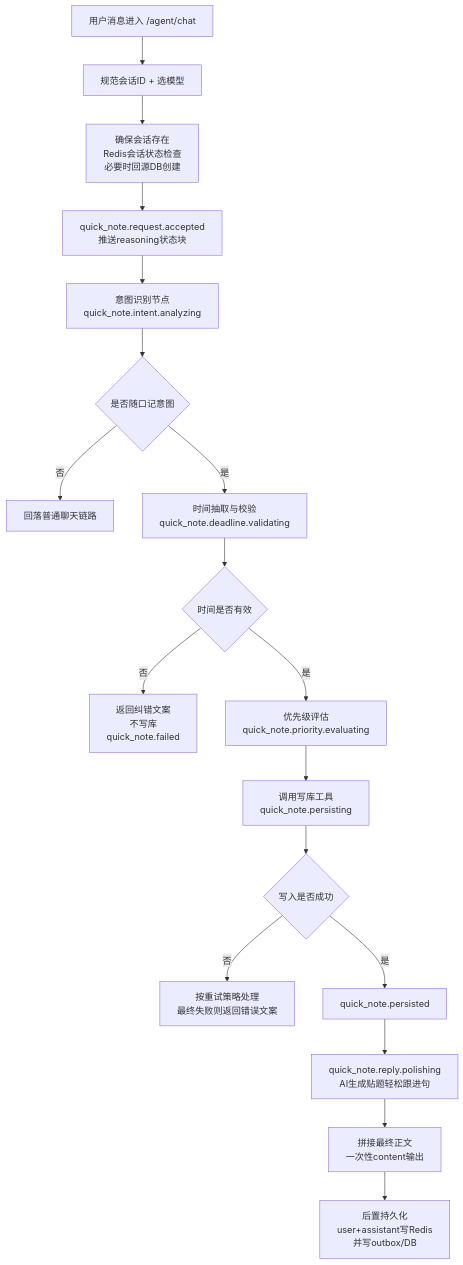
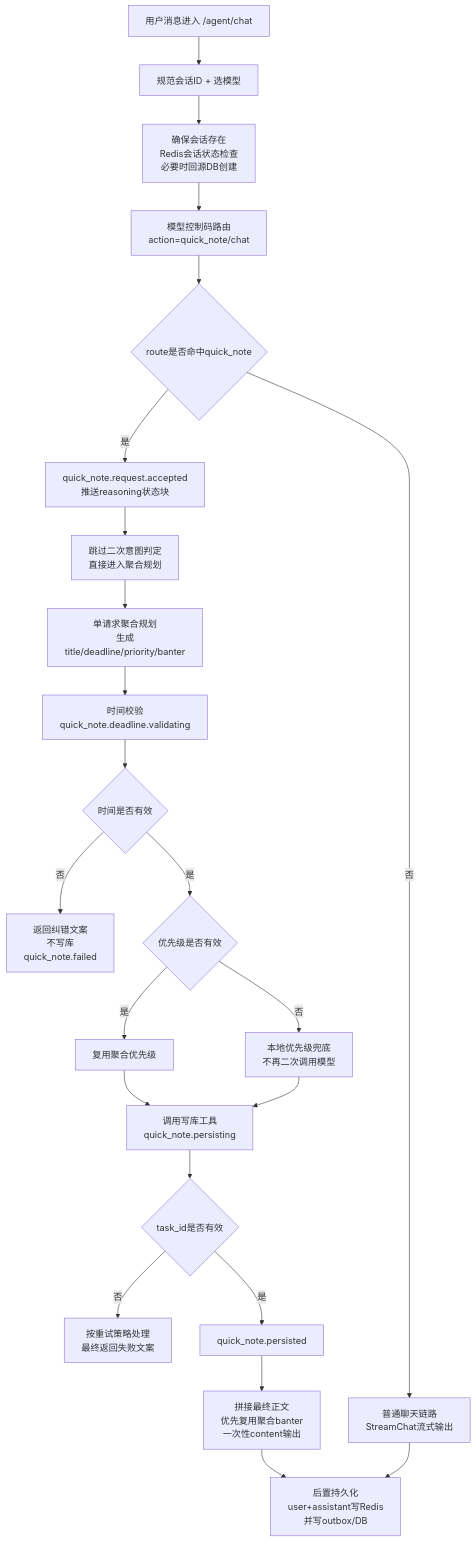
The first of 2 diagrams in README.md (LoveLosita/SmartFlow-Agent), drawn with Mermaid before and after one commit. The commit also changed other lines of this file and 2 other files, not shown here.

Commit message:
Version: 0.5.5.dev.260314 🚀 更新了 README 中的 Mermaid 图，确保与当前随口记的业务链路一致。 📚 新增了功能决策记录（docs/功能决策记录），并且记录了此次 AI 随口记功能的工程决策。

````diff
--- a/README.md
+++ b/README.md
@@ -357,20 +357,25 @@
 ```mermaid
 flowchart TD
     A[用户消息进入 /agent/chat] --> B[规范会话ID + 选模型]
     B --> C[确保会话存在<br/>Redis会话状态检查<br/>必要时回源DB创建]
-    C --> D[quick_note.request.accepted<br/>推送reasoning状态块]
-    D --> E[意图识别节点<br/>quick_note.intent.analyzing]
-    E --> F{是否随口记意图}
-    F -- 否 --> X[回落普通聊天链路]
-    F -- 是 --> G[时间抽取与校验<br/>quick_note.deadline.validating]
-    G --> H{时间是否有效}
-    H -- 否 --> I[返回纠错文案<br/>不写库<br/>quick_note.failed]
-    H -- 是 --> J[优先级评估<br/>quick_note.priority.evaluating]
-    J --> K[调用写库工具<br/>quick_note.persisting]
-    K --> L{写入是否成功}
-    L -- 否 --> M[按重试策略处理<br/>最终失败则返回错误文案]
-    L -- 是 --> N[quick_note.persisted]
-    N --> O[quick_note.reply.polishing<br/>AI生成贴题轻松跟进句]
-    O --> P[拼接最终正文<br/>一次性content输出]
-    P --> Q[后置持久化<br/>user+assistant写Redis<br/>并写outbox/DB]
+    C --> D[模型控制码路由<br/>action=quick_note/chat]
+    D --> E{route是否命中quick_note}
+    E -- 否 --> X[普通聊天链路<br/>StreamChat流式输出]
+    E -- 是 --> F[quick_note.request.accepted<br/>推送reasoning状态块]
+    F --> G[跳过二次意图判定<br/>直接进入聚合规划]
+    G --> H[单请求聚合规划<br/>生成title/deadline/priority/banter]
+    H --> I[时间校验<br/>quick_note.deadline.validating]
+    I --> J{时间是否有效}
+    J -- 否 --> K[返回纠错文案<br/>不写库<br/>quick_note.failed]
+    J -- 是 --> L{优先级是否有效}
+    L -- 是 --> M[复用聚合优先级]
+    L -- 否 --> N[本地优先级兜底<br/>不再二次调用模型]
+    M --> O[调用写库工具<br/>quick_note.persisting]
+    N --> O
+    O --> P{task_id是否有效}
+    P -- 否 --> Q[按重试策略处理<br/>最终返回失败文案]
+    P -- 是 --> R[quick_note.persisted]
+    R --> S[拼接最终正文<br/>优先复用聚合banter<br/>一次性content输出]
+    S --> T[后置持久化<br/>user+assistant写Redis<br/>并写outbox/DB]
+    X --> T
 ```
````
